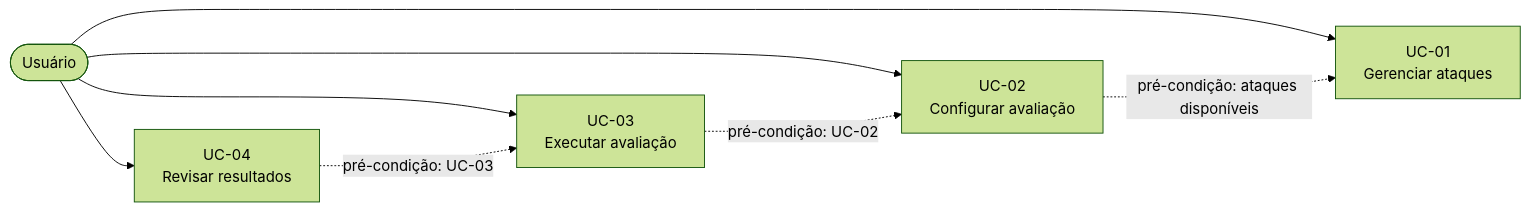
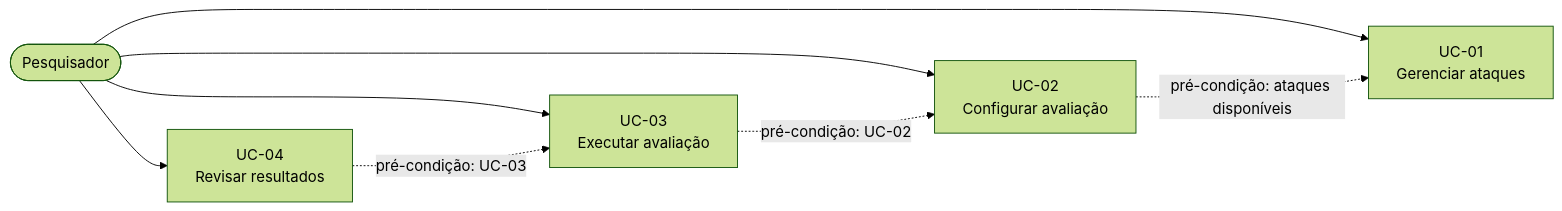
The diagram in docs/4-casos-de-uso.md (onhoudini/sistema-de-informacao), drawn with Mermaid (forest theme) before and after one commit. The commit also changed other lines of this file and 8 other files, not shown here.

First line of the commit message:
feat: enhance system documentation and architecture

````diff
--- a/docs/4-casos-de-uso.md
+++ b/docs/4-casos-de-uso.md
@@ -11,18 +11,18 @@
 ```mermaid
 flowchart LR
-    Usuário([Usuário])
+    Pesquisador([Pesquisador])
 
     UC01[UC-01<br>Gerenciar ataques]
     UC02[UC-02<br>Configurar avaliação]
     UC03[UC-03<br>Executar avaliação]
     UC04[UC-04<br>Revisar resultados]
 
-    Usuário --> UC01
-    Usuário --> UC02
-    Usuário --> UC03
-    Usuário --> UC04
+    Pesquisador --> UC01
+    Pesquisador --> UC02
+    Pesquisador --> UC03
+    Pesquisador --> UC04
 
     UC02 -.->|pré-condição: ataques disponíveis| UC01
     UC03 -.->|pré-condição: UC-02| UC02
     UC04 -.->|pré-condição: UC-03| UC03
 ```
````
